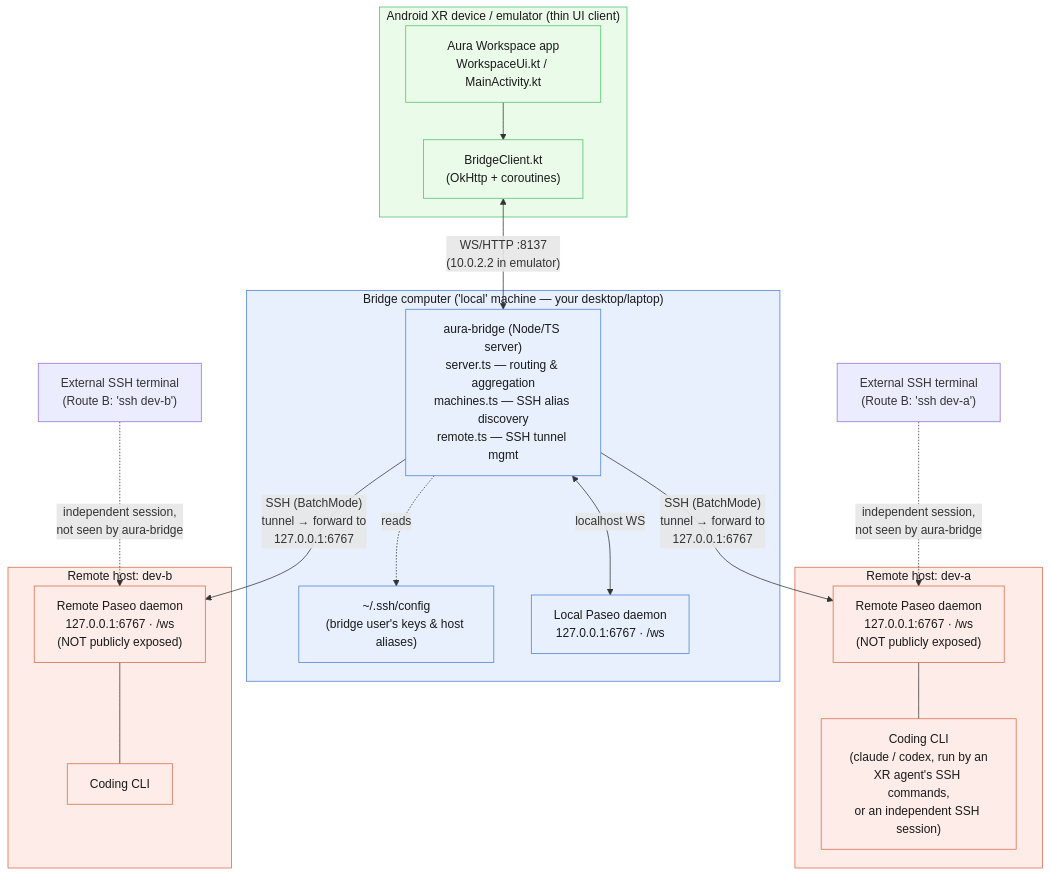
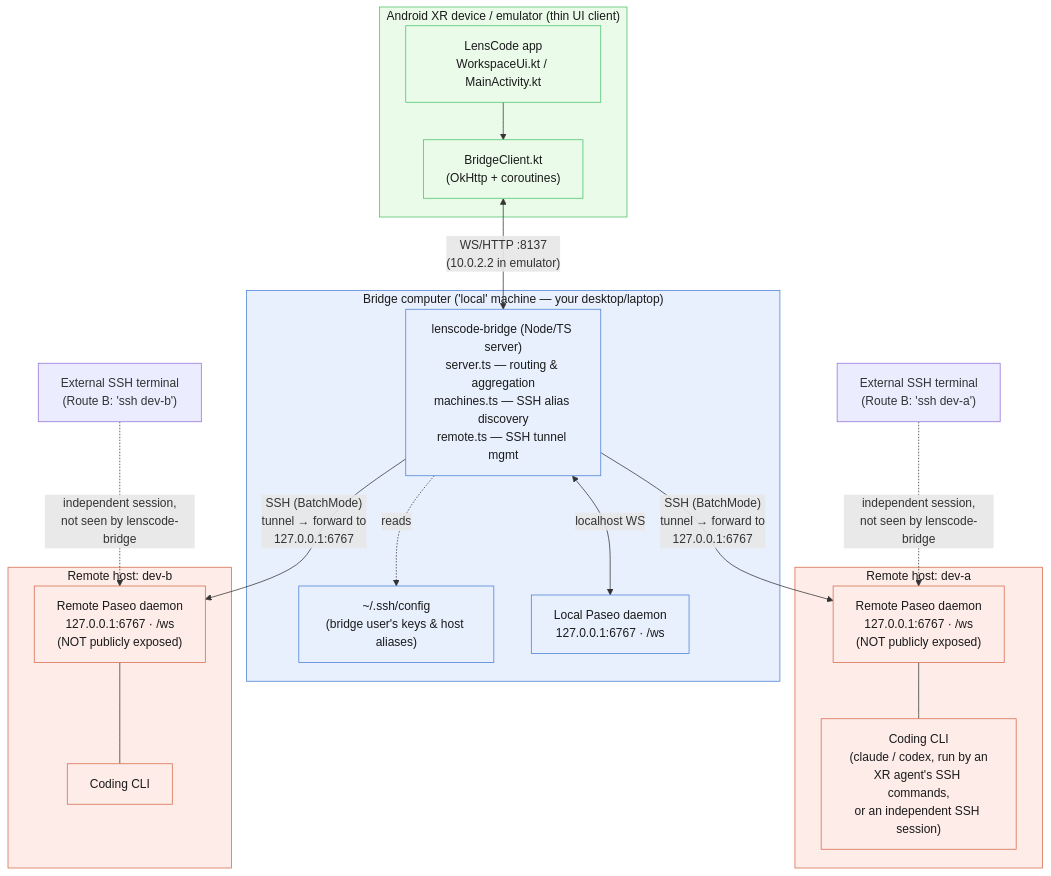
Before and after one commit to getlenscode/lenscode: the diagram in docs/architecture.md, drawn with Mermaid. The commit also changed other lines of this file and 159 other files, not shown here.

````diff
--- a/docs/architecture.md
+++ b/docs/architecture.md
@@ -13,43 +13,43 @@
 ```mermaid
 flowchart TB
     subgraph GLASSES["Android XR device / emulator (thin UI client)"]
-        APP["Aura Workspace app<br/>WorkspaceUi.kt / MainActivity.kt"]
+        APP["LensCode app<br/>WorkspaceUi.kt / MainActivity.kt"]
         BC["BridgeClient.kt<br/>(OkHttp + coroutines)"]
         APP --> BC
     end
 
     subgraph DESKTOP["Bridge computer ('local' machine — your desktop/laptop)"]
-        BRIDGE["aura-bridge (Node/TS server)<br/>server.ts — routing & aggregation<br/>machines.ts — SSH alias discovery<br/>remote.ts — SSH tunnel mgmt"]
+        BRIDGE["lenscode-bridge (Node/TS server)<br/>server.ts — routing & aggregation<br/>machines.ts — SSH alias discovery<br/>remote.ts — SSH tunnel mgmt"]
         SSHCFG["~/.ssh/config<br/>(bridge user's keys & host aliases)"]
         LPASEO["Local Paseo daemon<br/>127.0.0.1:6767 · /ws"]
         BRIDGE -. reads .-> SSHCFG
         BRIDGE <-->|localhost WS| LPASEO
     end
 
     subgraph DEVA["Remote host: dev-a"]
         RPASEOA["Remote Paseo daemon<br/>127.0.0.1:6767 · /ws<br/>(NOT publicly exposed)"]
         CLIA["Coding CLI<br/>(claude / codex, run by an<br/>XR agent's SSH commands,<br/>or an independent SSH session)"]
         RPASEOA --- CLIA
     end
 
     subgraph DEVB["Remote host: dev-b"]
         RPASEOB["Remote Paseo daemon<br/>127.0.0.1:6767 · /ws<br/>(NOT publicly exposed)"]
         CLIB["Coding CLI"]
         RPASEOB --- CLIB
     end
 
     BC <-->|"WS/HTTP :8137<br/>(10.0.2.2 in emulator)"| BRIDGE
 
     BRIDGE -->|"SSH (BatchMode)<br/>tunnel → forward to<br/>127.0.0.1:6767"| RPASEOA
     BRIDGE -->|"SSH (BatchMode)<br/>tunnel → forward to<br/>127.0.0.1:6767"| RPASEOB
 
-    EXT1["External SSH terminal<br/>(Route B: 'ssh dev-a')"] -.->|independent session,<br/>not seen by aura-bridge| RPASEOA
-    EXT2["External SSH terminal<br/>(Route B: 'ssh dev-b')"] -.->|independent session,<br/>not seen by aura-bridge| RPASEOB
+    EXT1["External SSH terminal<br/>(Route B: 'ssh dev-a')"] -.->|independent session,<br/>not seen by lenscode-bridge| RPASEOA
+    EXT2["External SSH terminal<br/>(Route B: 'ssh dev-b')"] -.->|independent session,<br/>not seen by lenscode-bridge| RPASEOB
 
     classDef desktop fill:#e8f0fe,stroke:#4a7fd6,color:#1a1a1a;
     classDef remote fill:#fdece8,stroke:#d66a4a,color:#1a1a1a;
     classDef client fill:#eafbea,stroke:#4ac16a,color:#1a1a1a;
     class DESKTOP,BRIDGE,LPASEO,SSHCFG desktop;
     class DEVA,DEVB,RPASEOA,RPASEOB,CLIA,CLIB remote;
     class GLASSES,APP,BC client;
 ```
````
